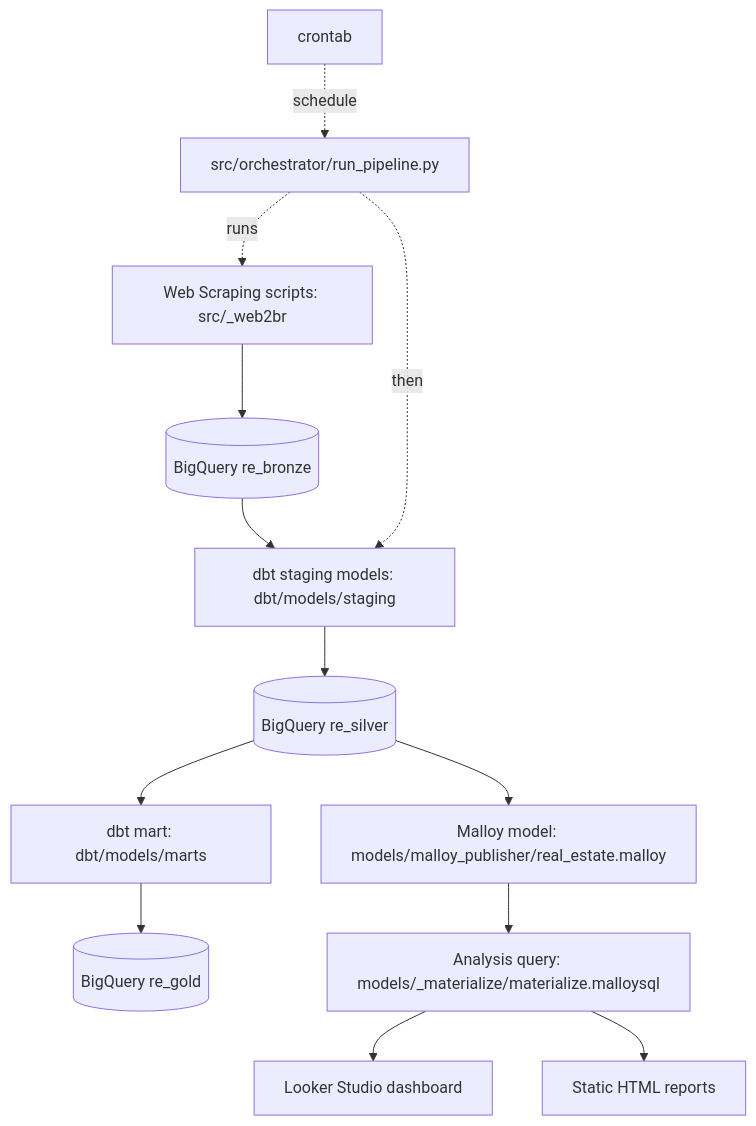
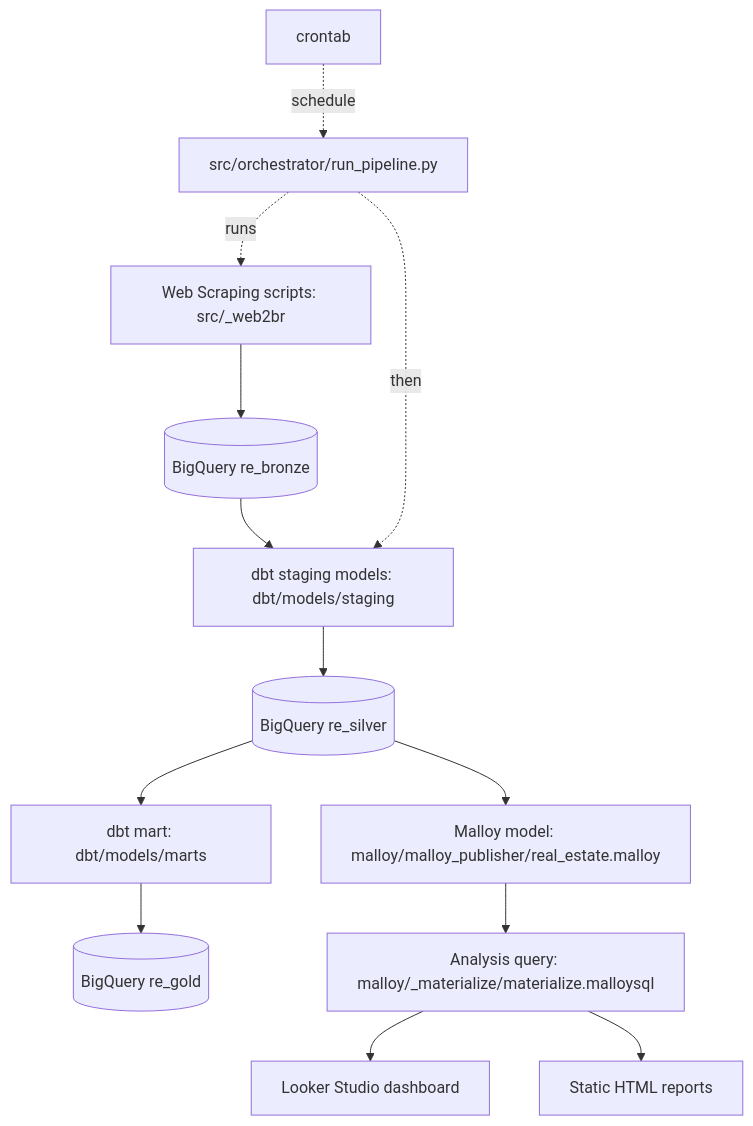
Before and after one commit to DataSpi/scrape-batdongsan-data: the diagram in README.md, drawn with Mermaid. The commit also changed other lines of this file and 30 other files, not shown here.

````diff
--- a/README.md
+++ b/README.md
@@ -21,17 +22,17 @@
 ```mermaid
 graph TD
   A[Web Scraping scripts: src/_web2br] --> B[(BigQuery re_bronze)]
   B --> C[dbt staging models: dbt/models/staging]
   C --> D[(BigQuery re_silver)]
   D --> K[dbt mart: dbt/models/marts]
   K --> L[(BigQuery re_gold)]
 
-  D --> E[Malloy model: models/malloy_publisher/real_estate.malloy]
-  E --> G[Analysis query: models/_materialize/materialize.malloysql]
+  D --> E[Malloy model: malloy/malloy_publisher/real_estate.malloy]
+  E --> G[Analysis query: malloy/_materialize/materialize.malloysql]
   G --> H[Looker Studio dashboard]
   G --> I[Static HTML reports]
 
   J[crontab] -. schedule .-> M[src/orchestrator/run_pipeline.py]
   M -. runs .-> A
   M -. then .-> C
 ```
````
